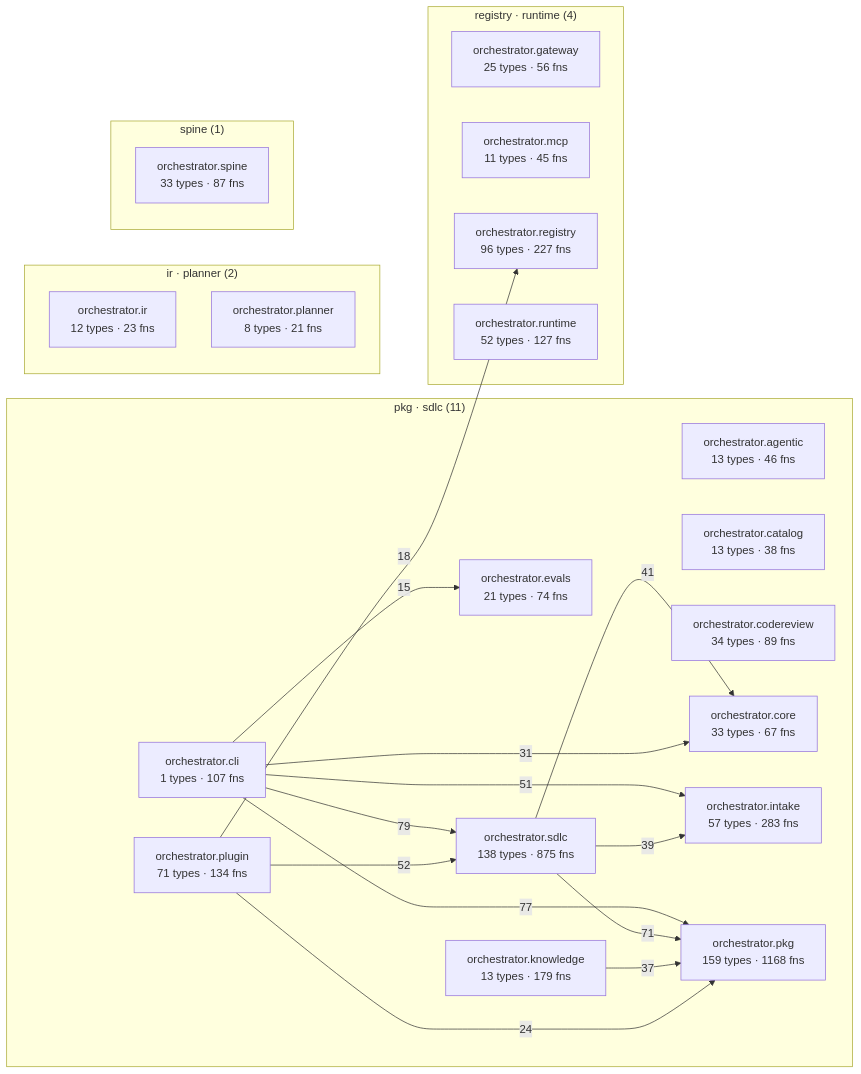
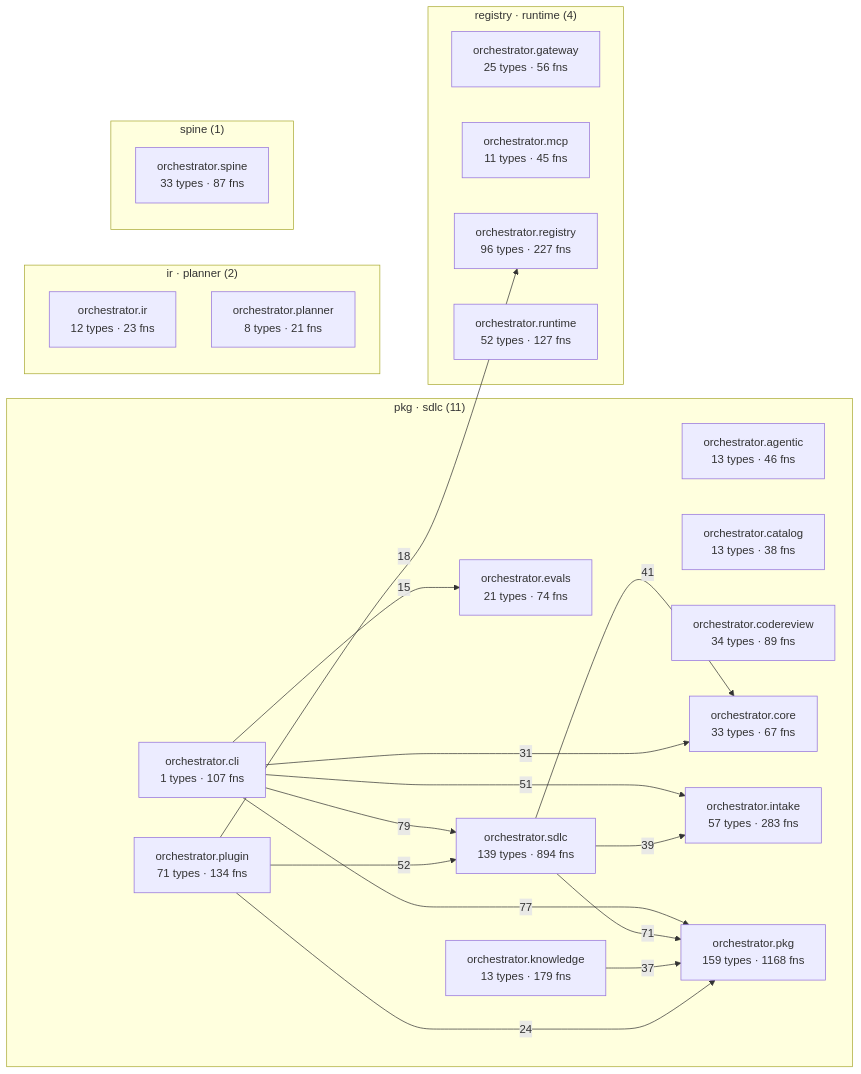
Before and after one commit to synaptixs/spine: the diagram in episteme/architecture.md, drawn with Mermaid. The commit also changed other lines of this file and 13 other files, not shown here.

````diff
--- a/episteme/architecture.md
+++ b/episteme/architecture.md
@@ -55,41 +55,41 @@
 ```mermaid
 flowchart LR
   subgraph c_2["pkg · sdlc (11)"]
     aorchestratoragentic["orchestrator.agentic<br/>13 types · 46 fns"]
     aorchestratorcatalog["orchestrator.catalog<br/>13 types · 38 fns"]
     aorchestratorcli["orchestrator.cli<br/>1 types · 107 fns"]
     aorchestratorcodereview["orchestrator.codereview<br/>34 types · 89 fns"]
     aorchestratorcore["orchestrator.core<br/>33 types · 67 fns"]
     aorchestratorevals["orchestrator.evals<br/>21 types · 74 fns"]
     aorchestratorintake["orchestrator.intake<br/>57 types · 283 fns"]
     aorchestratorknowledge["orchestrator.knowledge<br/>13 types · 179 fns"]
     aorchestratorpkg["orchestrator.pkg<br/>159 types · 1168 fns"]
     aorchestratorplugin["orchestrator.plugin<br/>71 types · 134 fns"]
-    aorchestratorsdlc["orchestrator.sdlc<br/>138 types · 875 fns"]
+    aorchestratorsdlc["orchestrator.sdlc<br/>139 types · 894 fns"]
   end
   subgraph c_4["registry · runtime (4)"]
     aorchestratorgateway["orchestrator.gateway<br/>25 types · 56 fns"]
     aorchestratormcp["orchestrator.mcp<br/>11 types · 45 fns"]
     aorchestratorregistry["orchestrator.registry<br/>96 types · 227 fns"]
     aorchestratorruntime["orchestrator.runtime<br/>52 types · 127 fns"]
   end
   subgraph c_6["ir · planner (2)"]
     aorchestratorir["orchestrator.ir<br/>12 types · 23 fns"]
     aorchestratorplanner["orchestrator.planner<br/>8 types · 21 fns"]
   end
   subgraph c_11["spine (1)"]
     aorchestratorspine["orchestrator.spine<br/>33 types · 87 fns"]
   end
   aorchestratorcli -->|79| aorchestratorsdlc
   aorchestratorcli -->|77| aorchestratorpkg
   aorchestratorsdlc -->|71| aorchestratorpkg
   aorchestratorplugin -->|52| aorchestratorsdlc
   aorchestratorcli -->|51| aorchestratorintake
   aorchestratorsdlc -->|41| aorchestratorcore
   aorchestratorsdlc -->|39| aorchestratorintake
   aorchestratorknowledge -->|37| aorchestratorpkg
   aorchestratorcli -->|31| aorchestratorcore
   aorchestratorplugin -->|24| aorchestratorpkg
   aorchestratorplugin -->|18| aorchestratorregistry
   aorchestratorcli -->|15| aorchestratorevals
 ```
````
